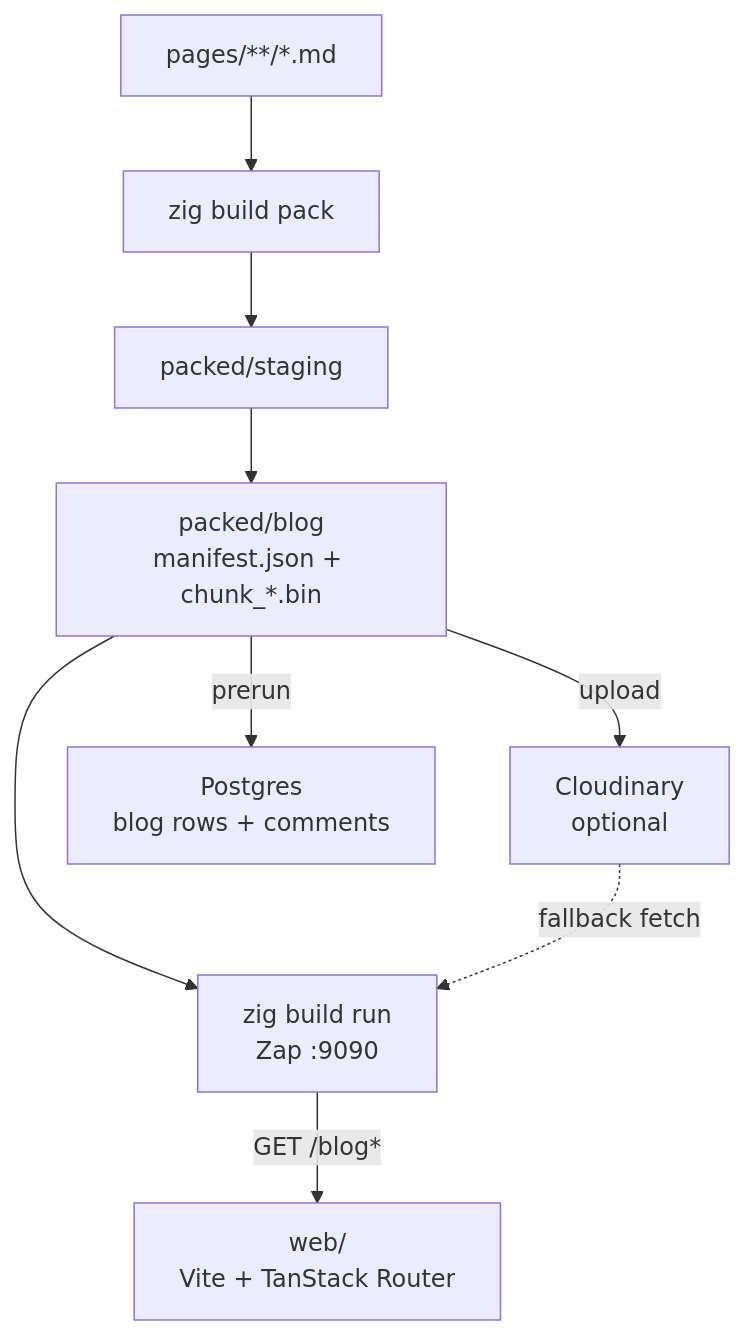
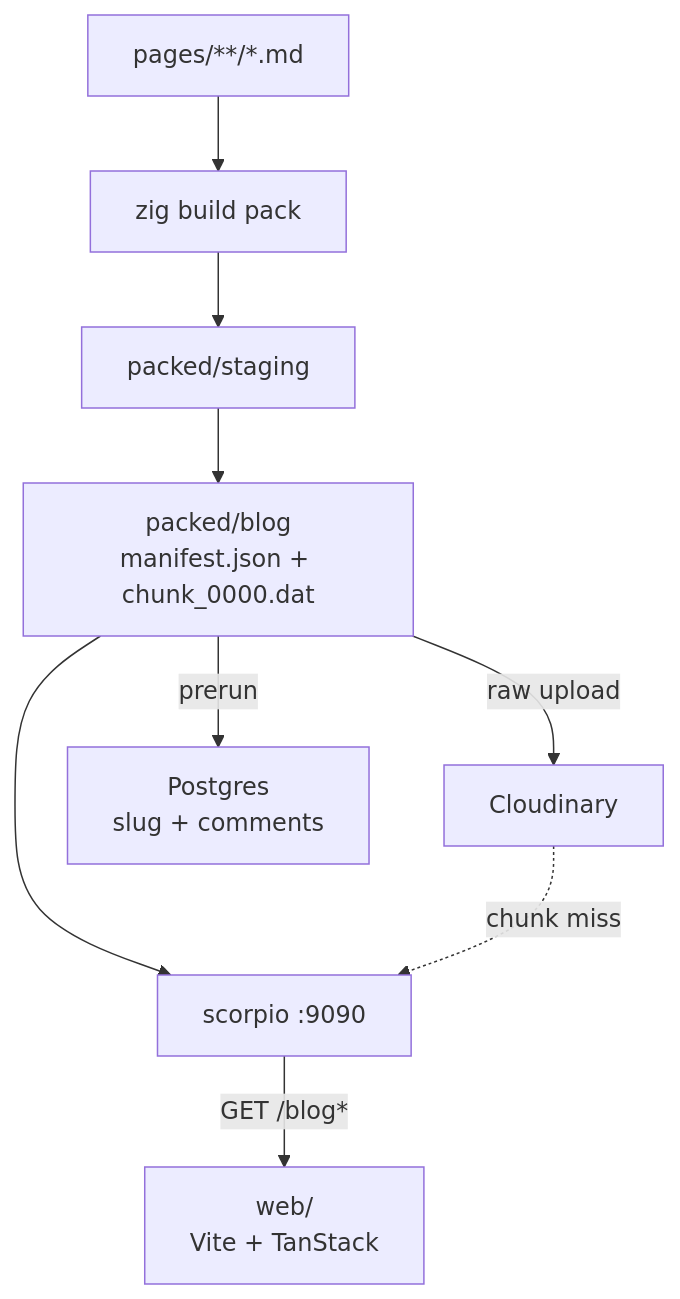
Before and after one commit to caleberi/scorpio: the diagram in pages/blog/guides/intro.md, drawn with Mermaid. The commit also changed other lines of this file and 5 other files, not shown here.

First line of the commit message:
Rewrite the Scorpio architecture guide as a five-part series

````diff
--- a/pages/blog/guides/intro.md
+++ b/pages/blog/guides/intro.md
@@ -20,20 +35,11 @@
 ```mermaid
 flowchart TD
-  pages["pages/**/*.md"]
-  pack["zig build pack"]
-  staging["packed/staging"]
-  artifacts["packed/blog\nmanifest.json + chunk_*.bin"]
-  cloud["Cloudinary\noptional"]
-  db["Postgres\nblog rows + comments"]
-  api["zig build run\nZap :9090"]
-  web["web/\nVite + TanStack Router"]
-
-  pages --> pack
-  pack --> staging
-  staging --> artifacts
-  artifacts -->|upload| cloud
-  artifacts -->|prerun| db
-  artifacts --> api
-  cloud -.->|fallback fetch| api
-  api -->|"GET /blog*"| web
+  pages["pages/**/*.md"] --> pack["zig build pack"]
+  pack --> staging["packed/staging"]
+  staging --> artifacts["packed/blog\nmanifest.json + chunk_0000.dat"]
+  artifacts -->|raw upload| cloud["Cloudinary"]
+  artifacts -->|prerun| db["Postgres\nslug + comments"]
+  artifacts --> api["scorpio :9090"]
+  cloud -.->|chunk miss| api
+  api -->|"GET /blog*"| web["web/\nVite + TanStack"]
 ```
````
